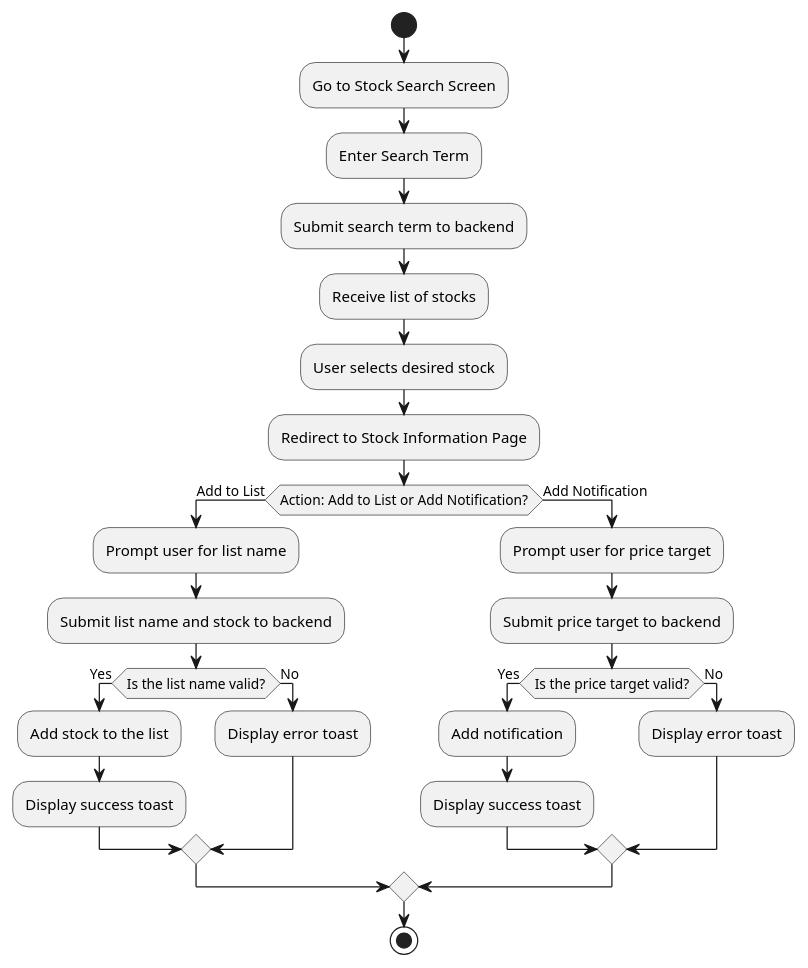
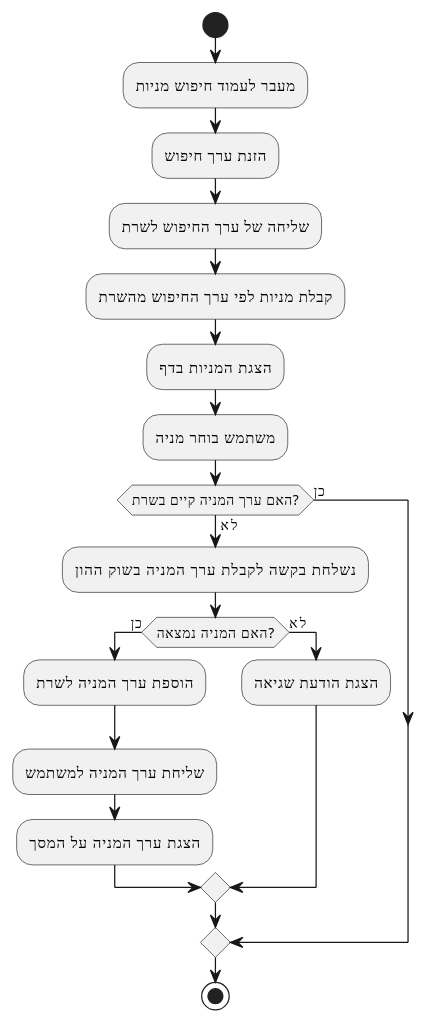
One commit to roei910/my-stocks changed the diagram in oop course/draws/activity/stockSearch.puml. Above: the diagram before and after it, drawn with PlantUML. The commit also changed 5 other files, not shown here.

```diff
--- a/oop course/draws/activity/stockSearch.puml
+++ b/oop course/draws/activity/stockSearch.puml
@@ -1,34 +1,26 @@
 @startuml
 start
 
-:Go to Stock Search Screen;
-:Enter Search Term;
+:מעבר לעמוד חיפוש מניות;
+:הזנת ערך חיפוש;
 
-:Submit search term to backend;
-:Receive list of stocks;
+:שליחה של ערך החיפוש לשרת;
+:קבלת מניות לפי ערך החיפוש מהשרת;
 
-:User selects desired stock;
-:Redirect to Stock Information Page;
+:הצגת המניות בדף;
+:משתמש בוחר מניה;
 
-if (Action: Add to List or Add Notification?) then (Add to List)
-    :Prompt user for list name;
-    :Submit list name and stock to backend;
-    if (Is the list name valid?) then (Yes)
-        :Add stock to the list;
-        :Display success toast;
-    else (No)
-        :Display error toast;
-    endif
-else (Add Notification)
-    :Prompt user for price target;
-    :Submit price target to backend;
-    if (Is the price target valid?) then (Yes)
-        :Add notification;
-        :Display success toast;
-    else (No)
-        :Display error toast;
+if (האם ערך המניה קיים בשרת?) then (כן)
+else (לא)
+    :נשלחת בקשה לקבלת ערך המניה בשוק ההון;
+    if (האם המניה נמצאה?) then (כן)
+        :הוספת ערך המניה לשרת;
+        :שליחת ערך המניה למשתמש;
+        :הצגת ערך המניה על המסך;
+    else (לא)
+        :הצגת הודעת שגיאה;
     endif
 endif
 
 stop
 @enduml
```
